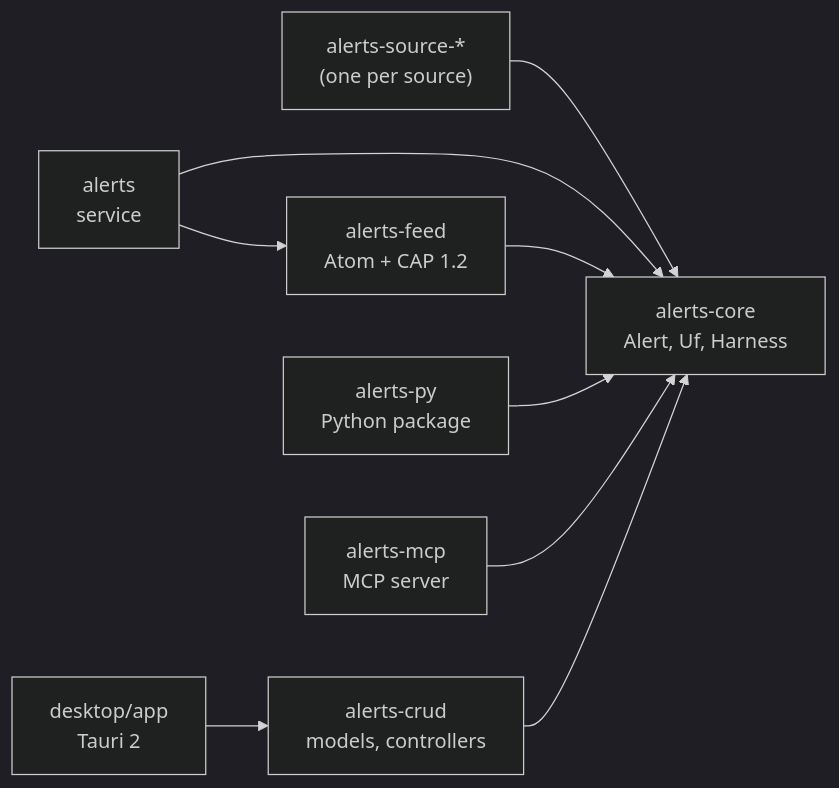
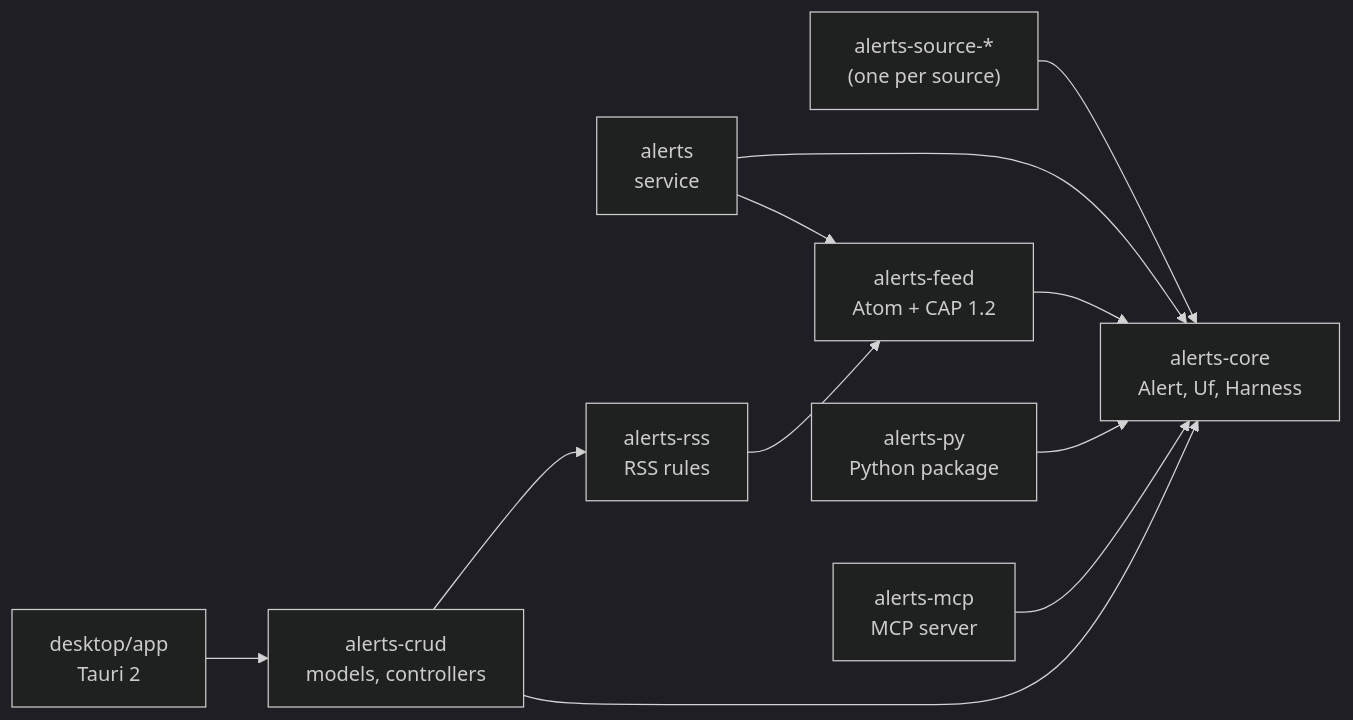
The diagram in README.md (piabrota/alerts), drawn with Mermaid (dark theme) before and after one commit. The commit also changed other lines of this file and 43 other files, not shown here.

````diff
--- a/README.md
+++ b/README.md
@@ -129,12 +129,13 @@
 ```mermaid
 %% figure: crates
 %% title: Which crates exist, and which crate depends on which?
 flowchart LR
     S["alerts-source-*<br/>(one per source)"] --> C["alerts-core<br/>Alert, Uf, Harness"]
     D["alerts<br/>service"] --> C
     D --> F["alerts-feed<br/>Atom + CAP 1.2"] --> C
     P["alerts-py<br/>Python package"] --> C
     M["alerts-mcp<br/>MCP server"] --> C
     R["alerts-crud<br/>models, controllers"] --> C
+    R --> X["alerts-rss<br/>RSS rules"] --> F
     T["desktop/app<br/>Tauri 2"] --> R
 ```
````
